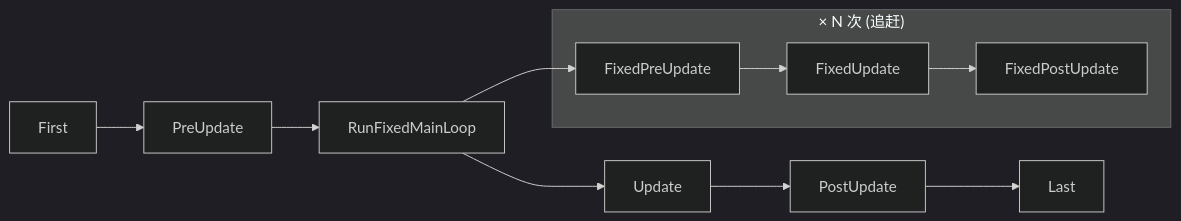
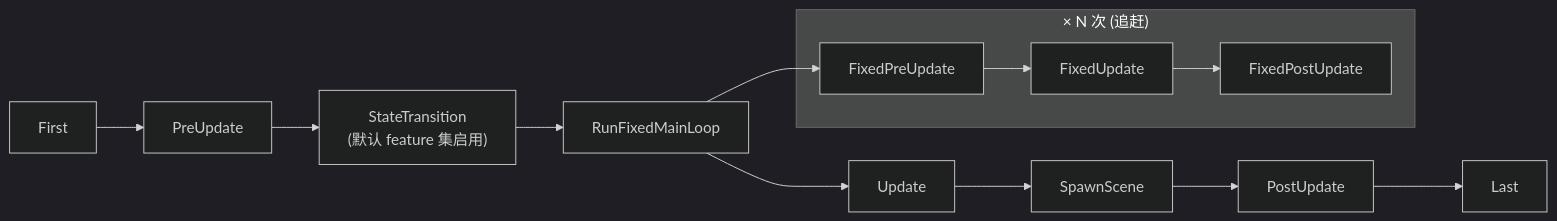
One commit to ZhangHanDong/bevy-book changed the fifth of 5 diagrams in src/ch09-schedule.md. Above: the diagram before and after it, drawn with Mermaid (dark theme). The commit also changed 17 other files, not shown here.

````diff
--- a/src/ch09-schedule.md
+++ b/src/ch09-schedule.md
@@ -377,11 +377,11 @@
 ```mermaid
 graph LR
-    F["First"] --> PU["PreUpdate"] --> RFML["RunFixedMainLoop"]
+    F["First"] --> PU["PreUpdate"] --> ST["StateTransition<br/>(默认 feature 集启用)"] --> RFML["RunFixedMainLoop"]
 
     subgraph Fixed["× N 次 (追赶)"]
         FPU["FixedPreUpdate"] --> FU["FixedUpdate"] --> FPOST["FixedPostUpdate"]
     end
 
     RFML --> FPU
-    RFML --> U["Update"] --> POST["PostUpdate"] --> L["Last"]
+    RFML --> U["Update"] --> SS["SpawnScene"] --> POST["PostUpdate"] --> L["Last"]
 ```
````
